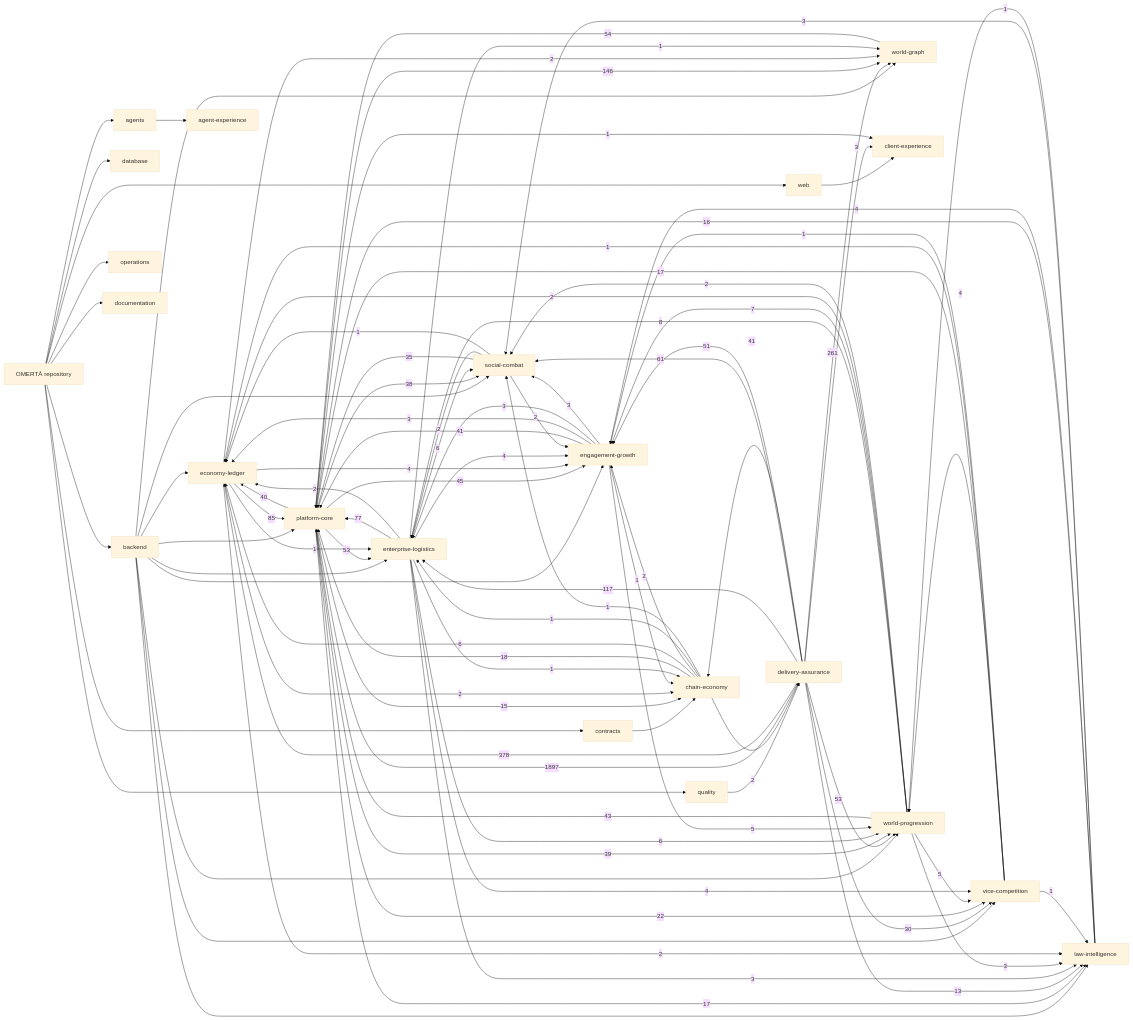
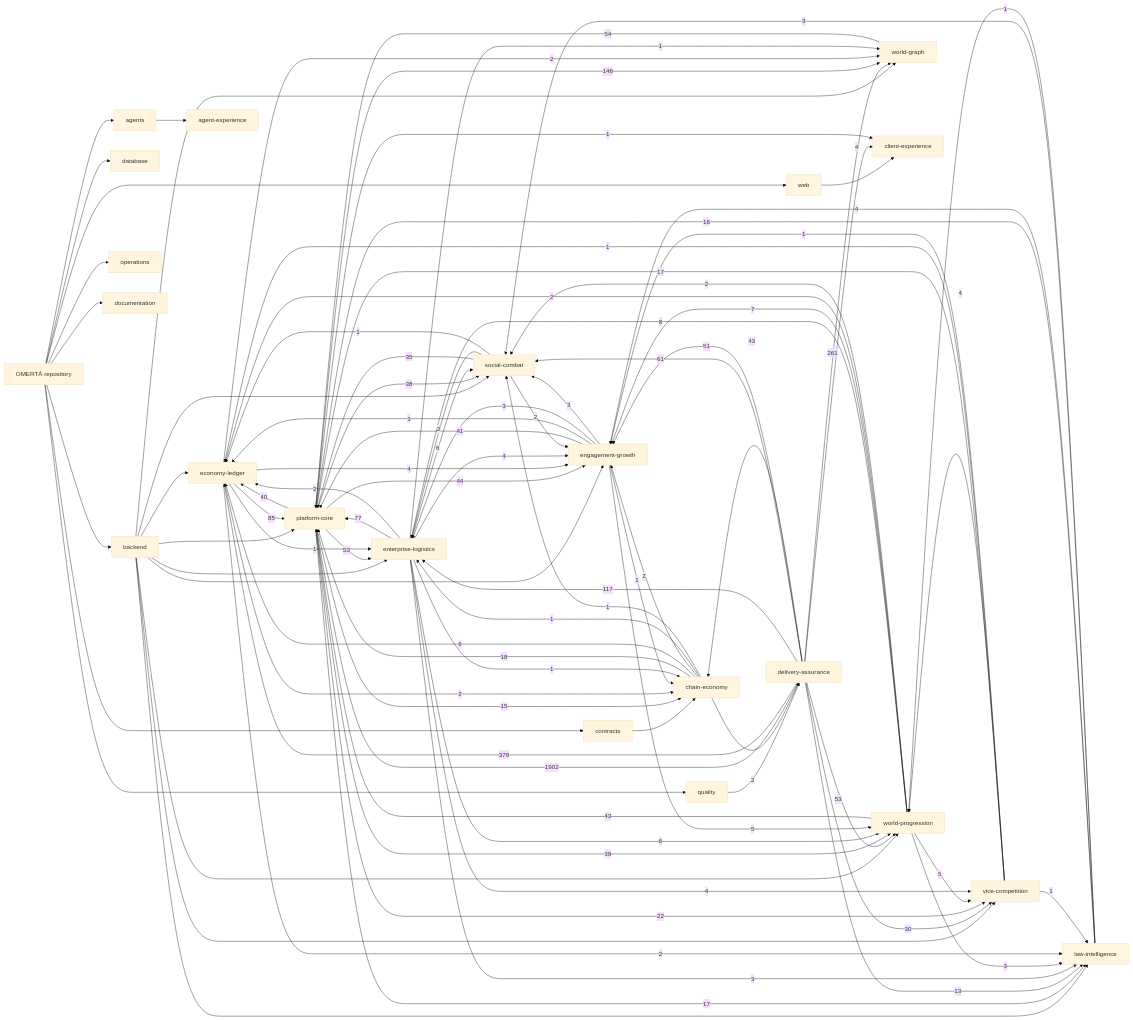
One commit to OmertaDev/Omerta changed the diagram in knowledge/generated/graph.mmd. Above: the diagram before and after it, drawn with Mermaid (base theme). The commit also changed 8 other files, not shown here.

```diff
--- a/knowledge/generated/graph.mmd
+++ b/knowledge/generated/graph.mmd
@@ -1,113 +1,113 @@
 flowchart LR
   repo["OMERTÀ repository"]
   sub_backend["backend"]
   repo --> sub_backend
   sub_database["database"]
   repo --> sub_database
   sub_web["web"]
   repo --> sub_web
   sub_contracts["contracts"]
   repo --> sub_contracts
   sub_agents["agents"]
   repo --> sub_agents
   sub_quality["quality"]
   repo --> sub_quality
   sub_operations["operations"]
   repo --> sub_operations
   sub_documentation["documentation"]
   repo --> sub_documentation
   dom_platform-core["platform-core"]
   dom_economy-ledger["economy-ledger"]
   dom_social-combat["social-combat"]
   dom_world-progression["world-progression"]
   dom_world-graph["world-graph"]
   dom_enterprise-logistics["enterprise-logistics"]
   dom_vice-competition["vice-competition"]
   dom_law-intelligence["law-intelligence"]
   dom_chain-economy["chain-economy"]
   dom_engagement-growth["engagement-growth"]
   dom_client-experience["client-experience"]
   dom_agent-experience["agent-experience"]
   dom_delivery-assurance["delivery-assurance"]
   sub_agents --> dom_agent-experience
   sub_backend --> dom_economy-ledger
   sub_backend --> dom_engagement-growth
   sub_backend --> dom_enterprise-logistics
   sub_backend --> dom_law-intelligence
   sub_backend --> dom_platform-core
   sub_backend --> dom_social-combat
   sub_backend --> dom_vice-competition
   sub_backend --> dom_world-graph
   sub_backend --> dom_world-progression
   sub_contracts --> dom_chain-economy
   sub_quality --> dom_delivery-assurance
   sub_web --> dom_client-experience
-  dom_delivery-assurance -->|1897| dom_platform-core
+  dom_delivery-assurance -->|1902| dom_platform-core
   dom_delivery-assurance -->|378| dom_economy-ledger
   dom_delivery-assurance -->|261| dom_world-graph
   dom_platform-core -->|146| dom_world-graph
   dom_delivery-assurance -->|117| dom_enterprise-logistics
   dom_economy-ledger -->|85| dom_platform-core
   dom_enterprise-logistics -->|77| dom_platform-core
   dom_delivery-assurance -->|61| dom_social-combat
   dom_world-graph -->|54| dom_platform-core
   dom_delivery-assurance -->|53| dom_world-progression
   dom_platform-core -->|53| dom_enterprise-logistics
   dom_delivery-assurance -->|51| dom_engagement-growth
-  dom_platform-core -->|45| dom_engagement-growth
+  dom_platform-core -->|44| dom_engagement-growth
+  dom_delivery-assurance -->|43| dom_chain-economy
   dom_world-progression -->|43| dom_platform-core
-  dom_delivery-assurance -->|41| dom_chain-economy
   dom_engagement-growth -->|41| dom_platform-core
   dom_platform-core -->|40| dom_economy-ledger
   dom_platform-core -->|39| dom_world-progression
   dom_platform-core -->|38| dom_social-combat
   dom_social-combat -->|35| dom_platform-core
   dom_delivery-assurance -->|30| dom_vice-competition
   dom_platform-core -->|22| dom_vice-competition
   dom_chain-economy -->|18| dom_platform-core
   dom_platform-core -->|17| dom_law-intelligence
   dom_vice-competition -->|17| dom_platform-core
   dom_law-intelligence -->|16| dom_platform-core
   dom_platform-core -->|15| dom_chain-economy
   dom_delivery-assurance -->|13| dom_law-intelligence
   dom_world-progression -->|8| dom_enterprise-logistics
   dom_world-progression -->|7| dom_engagement-growth
   dom_chain-economy -->|6| dom_economy-ledger
   dom_enterprise-logistics -->|6| dom_social-combat
   dom_enterprise-logistics -->|6| dom_world-progression
   dom_engagement-growth -->|5| dom_world-progression
   dom_world-progression -->|5| dom_vice-competition
+  dom_delivery-assurance -->|4| dom_client-experience
   dom_economy-ledger -->|4| dom_engagement-growth
   dom_enterprise-logistics -->|4| dom_engagement-growth
   dom_enterprise-logistics -->|4| dom_vice-competition
   dom_law-intelligence -->|4| dom_engagement-growth
   dom_vice-competition -->|4| dom_world-progression
-  dom_delivery-assurance -->|3| dom_client-experience
   dom_engagement-growth -->|3| dom_economy-ledger
   dom_engagement-growth -->|3| dom_enterprise-logistics
   dom_engagement-growth -->|3| dom_social-combat
   dom_enterprise-logistics -->|3| dom_law-intelligence
   dom_law-intelligence -->|3| dom_social-combat
   dom_world-progression -->|3| dom_law-intelligence
   dom_chain-economy -->|2| dom_delivery-assurance
   dom_chain-economy -->|2| dom_engagement-growth
   dom_economy-ledger -->|2| dom_chain-economy
   dom_economy-ledger -->|2| dom_law-intelligence
   dom_economy-ledger -->|2| dom_world-graph
   dom_enterprise-logistics -->|2| dom_economy-ledger
   dom_social-combat -->|2| dom_engagement-growth
   dom_social-combat -->|2| dom_enterprise-logistics
   dom_world-progression -->|2| dom_economy-ledger
   dom_world-progression -->|2| dom_social-combat
   dom_chain-economy -->|1| dom_enterprise-logistics
   dom_chain-economy -->|1| dom_social-combat
   dom_economy-ledger -->|1| dom_enterprise-logistics
   dom_engagement-growth -->|1| dom_chain-economy
   dom_enterprise-logistics -->|1| dom_chain-economy
   dom_enterprise-logistics -->|1| dom_world-graph
   dom_law-intelligence -->|1| dom_world-progression
   dom_platform-core -->|1| dom_client-experience
   dom_social-combat -->|1| dom_economy-ledger
   dom_vice-competition -->|1| dom_economy-ledger
   dom_vice-competition -->|1| dom_engagement-growth
   dom_vice-competition -->|1| dom_law-intelligence
```
